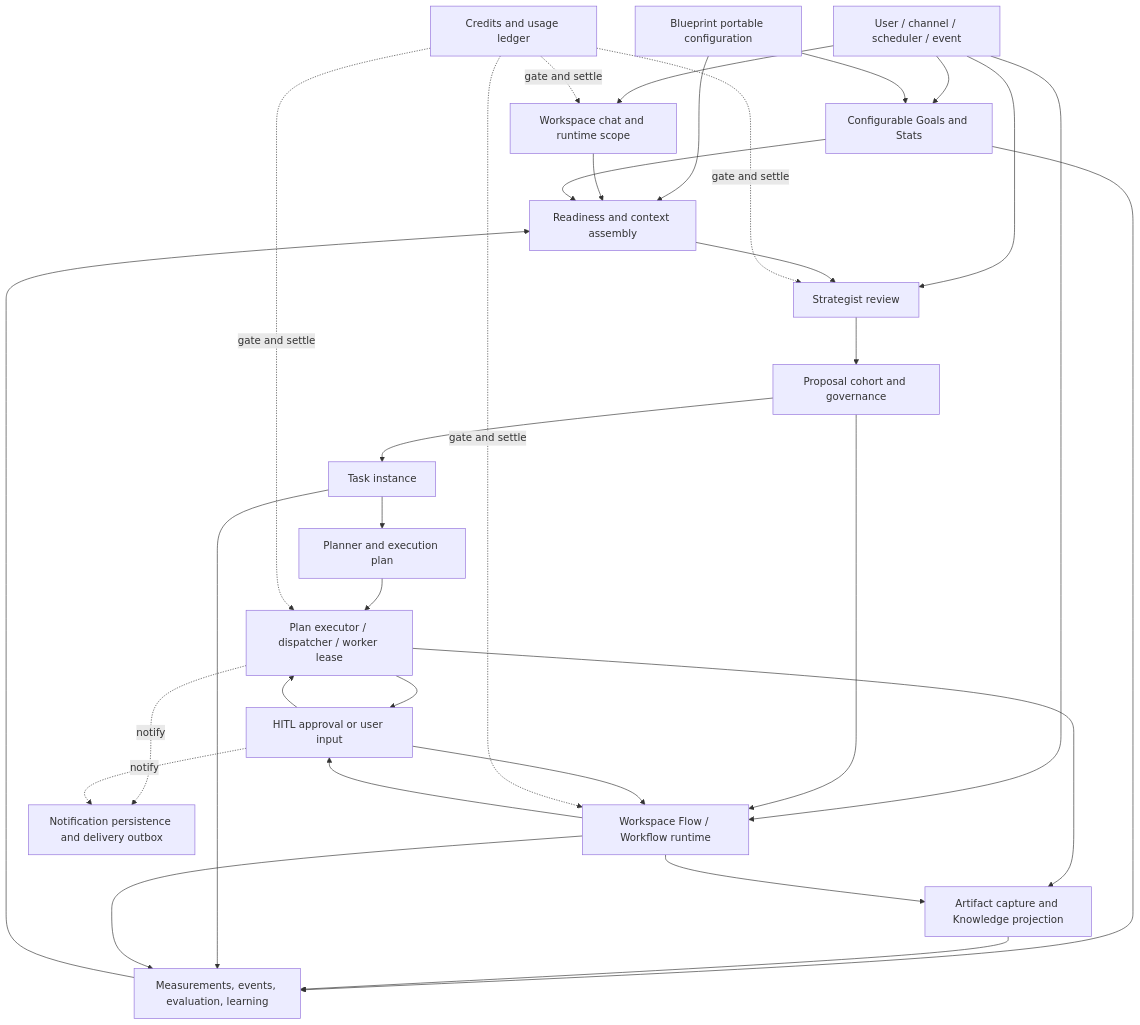
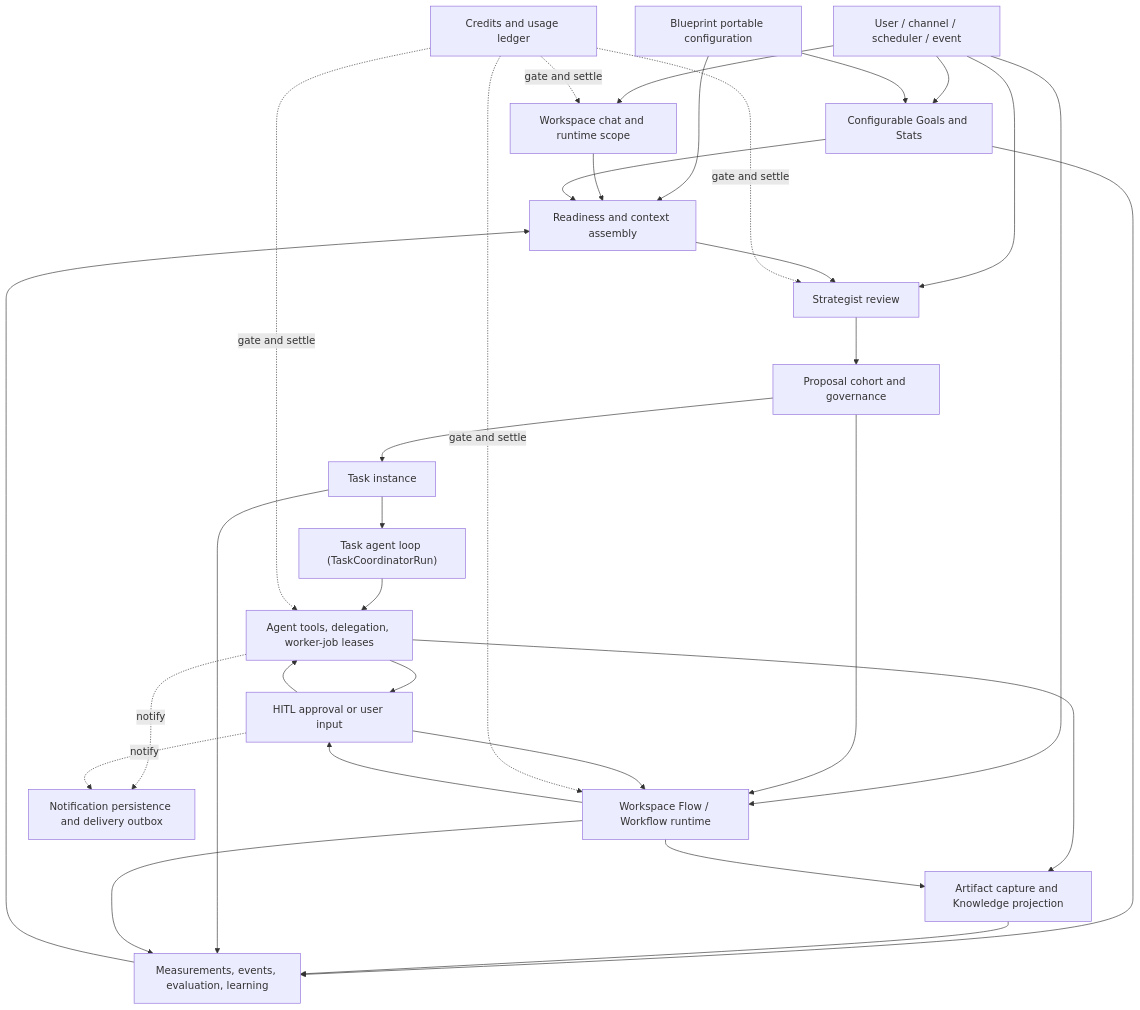
One commit to manor-os/manor-ai changed the first of 2 diagrams in .agents/skills/manor-workspace-architecture/references/architecture.md. Above: the diagram before and after it, drawn with Mermaid. The commit also changed other lines of this file and 1864 other files, not shown here.

````diff
--- a/.agents/skills/manor-workspace-architecture/references/architecture.md
+++ b/.agents/skills/manor-workspace-architecture/references/architecture.md
@@ -23,51 +23,51 @@
 ```mermaid
 flowchart TB
     U["User / channel / scheduler / event"]
     C["Workspace chat and runtime scope"]
     R["Readiness and context assembly"]
     S["Strategist review"]
     P["Proposal cohort and governance"]
     T["Task instance"]
-    PL["Planner and execution plan"]
-    D["Plan executor / dispatcher / worker lease"]
+    PL["Task agent loop (TaskCoordinatorRun)"]
+    D["Agent tools, delegation, worker-job leases"]
     H["HITL approval or user input"]
     F["Workspace Flow / Workflow runtime"]
     A["Artifact capture and Knowledge projection"]
     G["Configurable Goals and Stats"]
     E["Measurements, events, evaluation, learning"]
     N["Notification persistence and delivery outbox"]
     B["Credits and usage ledger"]
     BP["Blueprint portable configuration"]
 
     BP --> R
     U --> C
     U --> F
     U --> S
     U --> G
     BP --> G
     C --> R
     G --> R
     R --> S
     S --> P
     P --> T
     P --> F
     T --> PL
     PL --> D
     D --> H
     H --> D
     D --> A
     F --> H
     H --> F
     F --> A
     G --> E
     A --> E
     T --> E
     F --> E
     E --> R
     D -. "notify" .-> N
     H -. "notify" .-> N
     B -. "gate and settle" .-> C
     B -. "gate and settle" .-> S
     B -. "gate and settle" .-> D
     B -. "gate and settle" .-> F
 ```
````
